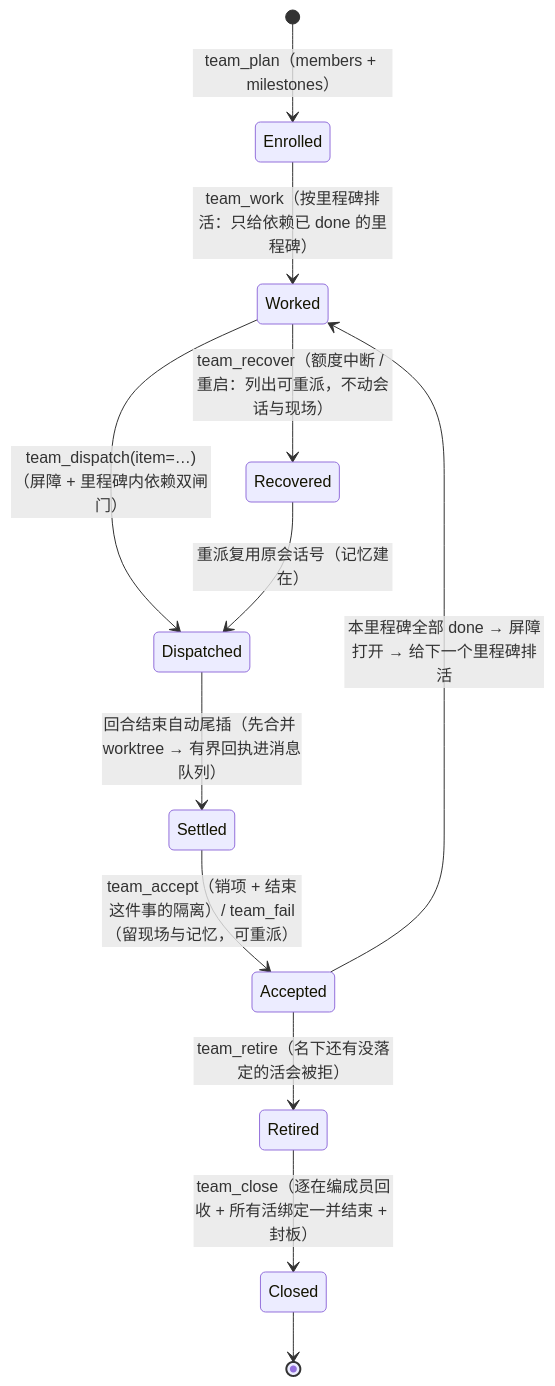
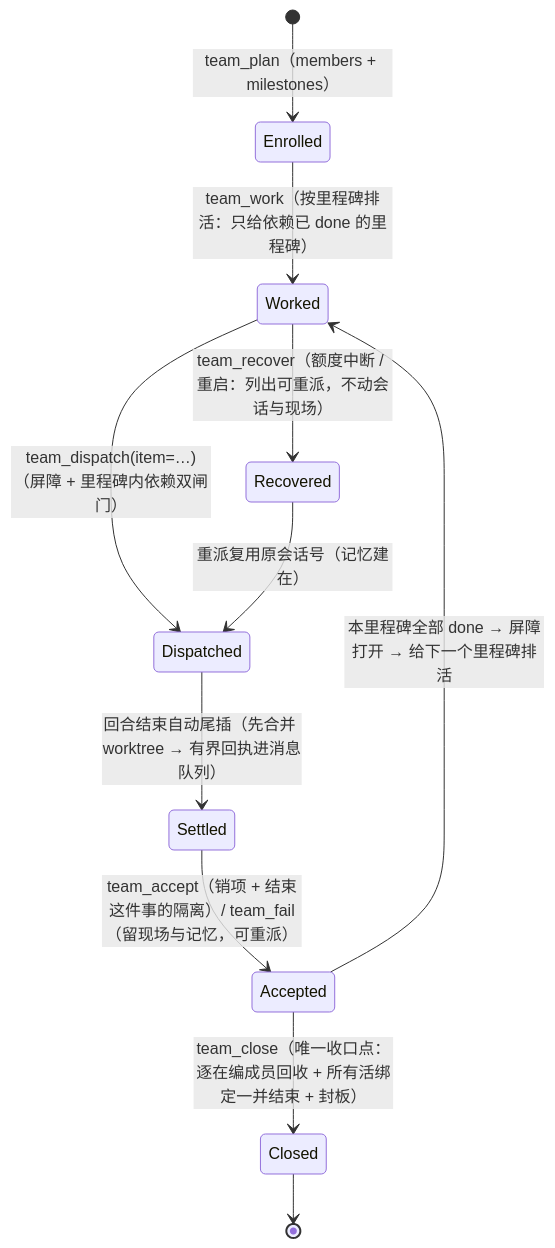
Before and after one commit to RedHuang-0622/seelex: the second of 2 diagrams in seelebridge/teamwork/README.md, drawn with Mermaid. The commit also changed 4 other files, not shown here.

Commit message:
docs(teamwork): 提示面与器件文档对齐新口径——结束/归档/删除只剩 team_close（清掉 team_retire 残留指向）

````diff
--- a/seelebridge/teamwork/README.md
+++ b/seelebridge/teamwork/README.md
@@ -35,14 +35,13 @@
 ```mermaid
 stateDiagram-v2
     [*] --> Enrolled: team_plan（members + milestones）
     Enrolled --> Worked: team_work（按里程碑排活：只给依赖已 done 的里程碑）
     Worked --> Dispatched: team_dispatch(item=…)（屏障 + 里程碑内依赖双闸门）
     Dispatched --> Settled: 回合结束自动尾插（先合并 worktree → 有界回执进消息队列）
     Settled --> Accepted: team_accept（销项 + 结束这件事的隔离）/ team_fail（留现场与记忆，可重派）
     Accepted --> Worked: 本里程碑全部 done → 屏障打开 → 给下一个里程碑排活
     Worked --> Recovered: team_recover（额度中断 / 重启：列出可重派，不动会话与现场）
     Recovered --> Dispatched: 重派复用原会话号（记忆建在）
-    Accepted --> Retired: team_retire（名下还有没落定的活会被拒）
-    Retired --> Closed: team_close（逐在编成员回收 + 所有活绑定一并结束 + 封板）
+    Accepted --> Closed: team_close（唯一收口点：逐在编成员回收 + 所有活绑定一并结束 + 封板）
     Closed --> [*]
 ```
````
